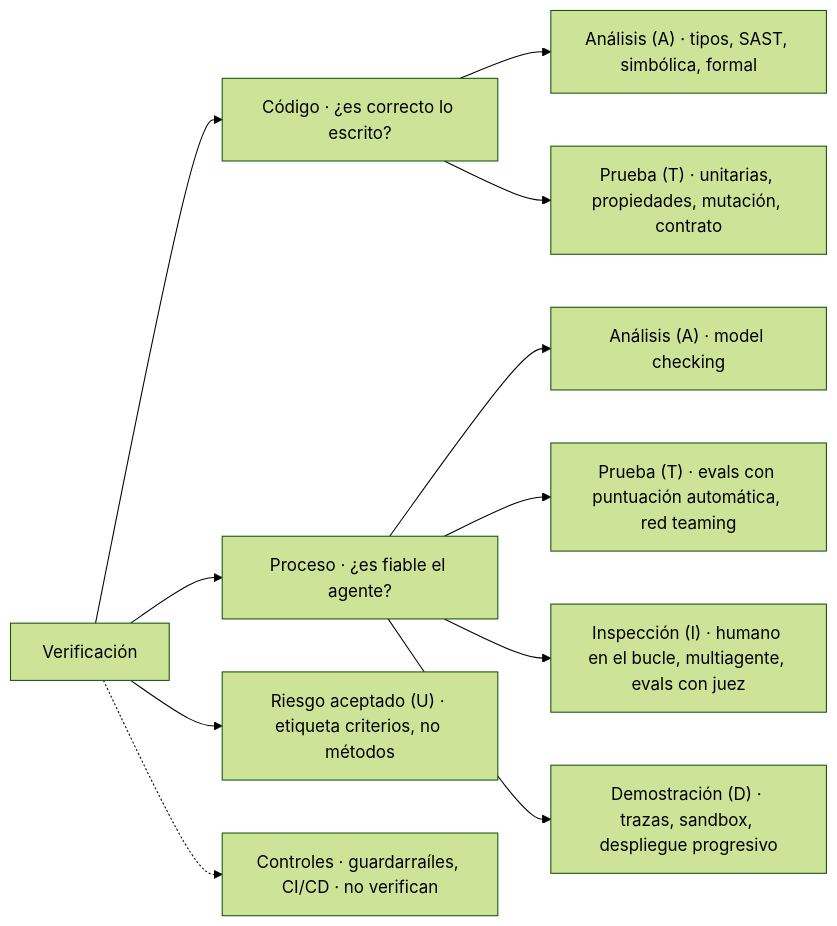
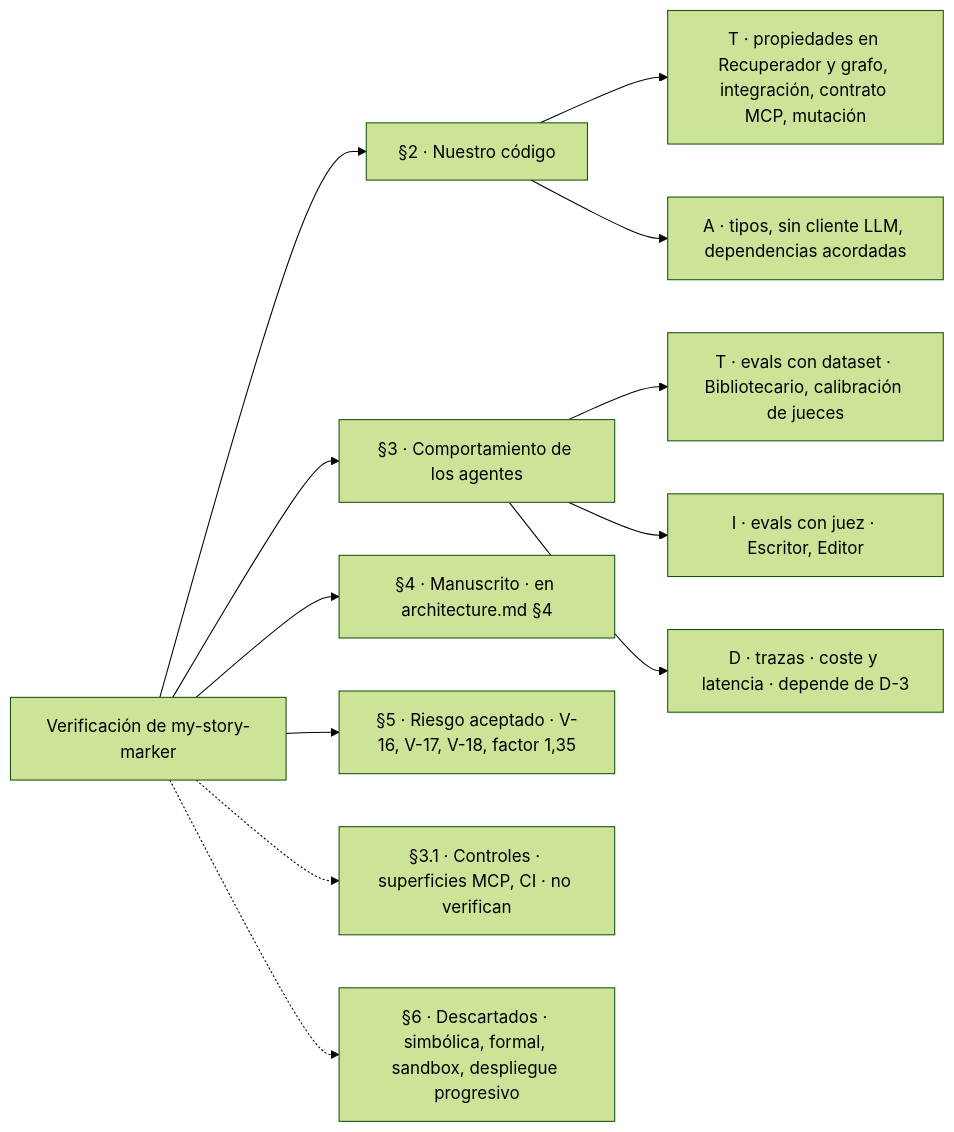
One commit to Asieribarz/my-story-marker changed the second of 2 diagrams in docs/validators.md. Above: the diagram before and after it, drawn with Mermaid (forest theme). The commit also changed other lines of this file and 5 other files, not shown here.

````diff
--- a/docs/validators.md
+++ b/docs/validators.md
@@ -75,16 +224,17 @@
 ```mermaid
 flowchart LR
-  V["Verificación"] --> C["Código · ¿es correcto lo escrito?"]
-  V --> P["Proceso · ¿es fiable el agente?"]
+  V["Verificación de my-story-marker"] --> C["§2 · Nuestro código"]
+  V --> A["§3 · Comportamiento de los agentes"]
+  V --> M["§4 · Manuscrito · en architecture.md §4"]
 
-  C --> CA["Análisis (A) · tipos, SAST, simbólica, formal"]
-  C --> CT["Prueba (T) · unitarias, propiedades, mutación, contrato"]
+  C --> CT["T · propiedades en Recuperador y grafo, integración, contrato MCP, mutación"]
+  C --> CA["A · tipos, sin cliente LLM, dependencias acordadas"]
 
-  P --> PA["Análisis (A) · model checking"]
-  P --> PT["Prueba (T) · evals con puntuación automática, red teaming"]
-  P --> PI["Inspección (I) · humano en el bucle, multiagente, evals con juez"]
-  P --> PD["Demostración (D) · trazas, sandbox, despliegue progresivo"]
+  A --> AT["T · evals con dataset · Bibliotecario, calibración de jueces"]
+  A --> AI["I · evals con juez · Escritor, Editor"]
+  A --> AD["D · trazas · coste y latencia · depende de D-3"]
 
-  V --> U["Riesgo aceptado (U) · etiqueta criterios, no métodos"]
-  V -.-> CTL["Controles · guardarraíles, CI/CD · no verifican"]
+  V --> U["§5 · Riesgo aceptado · V-16, V-17, V-18, factor 1,35"]
+  V -.-> CTL["§3.1 · Controles · superficies MCP, CI · no verifican"]
+  V -.-> X["§6 · Descartados · simbólica, formal, sandbox, despliegue progresivo"]
 ```
````
